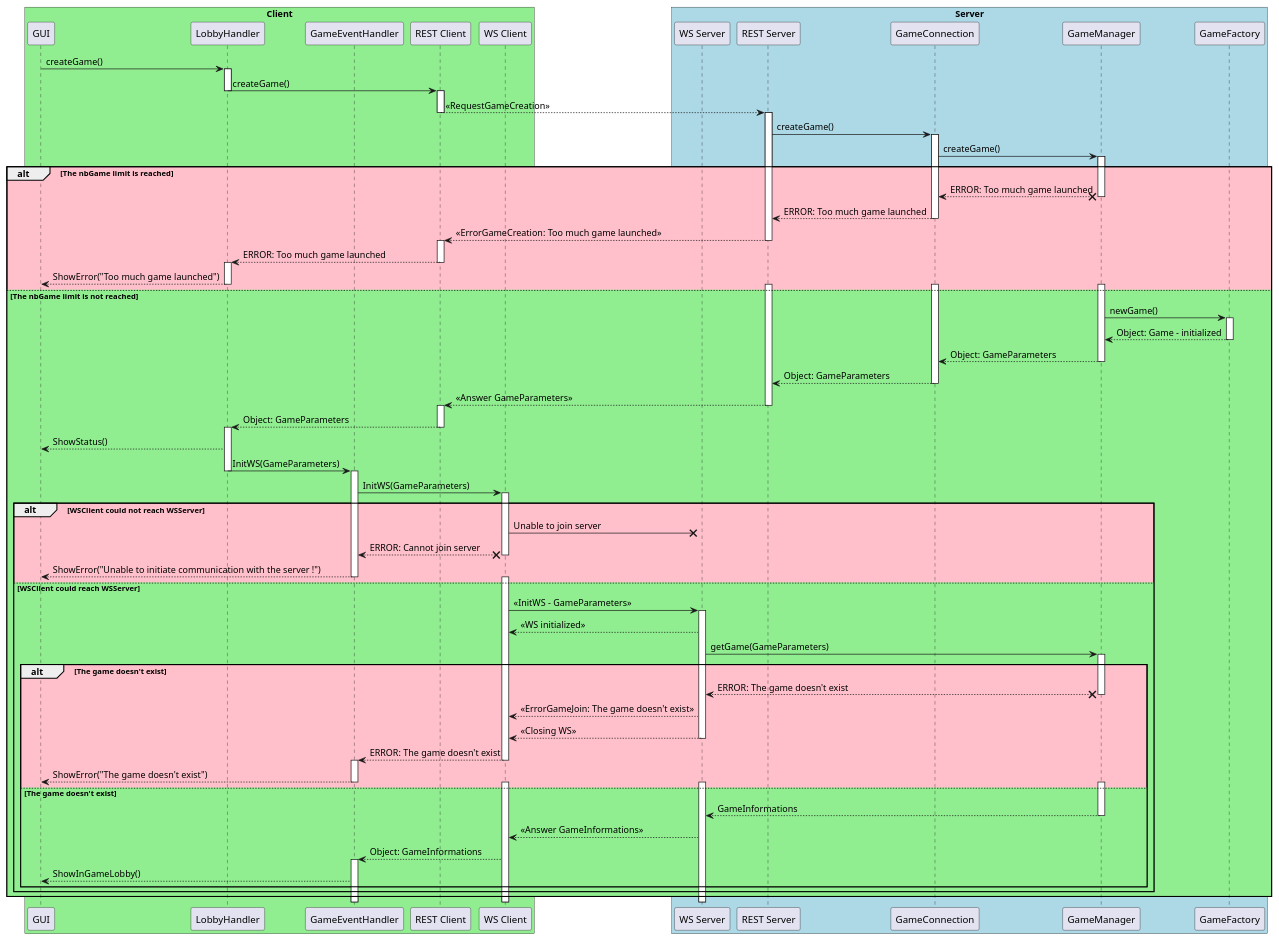
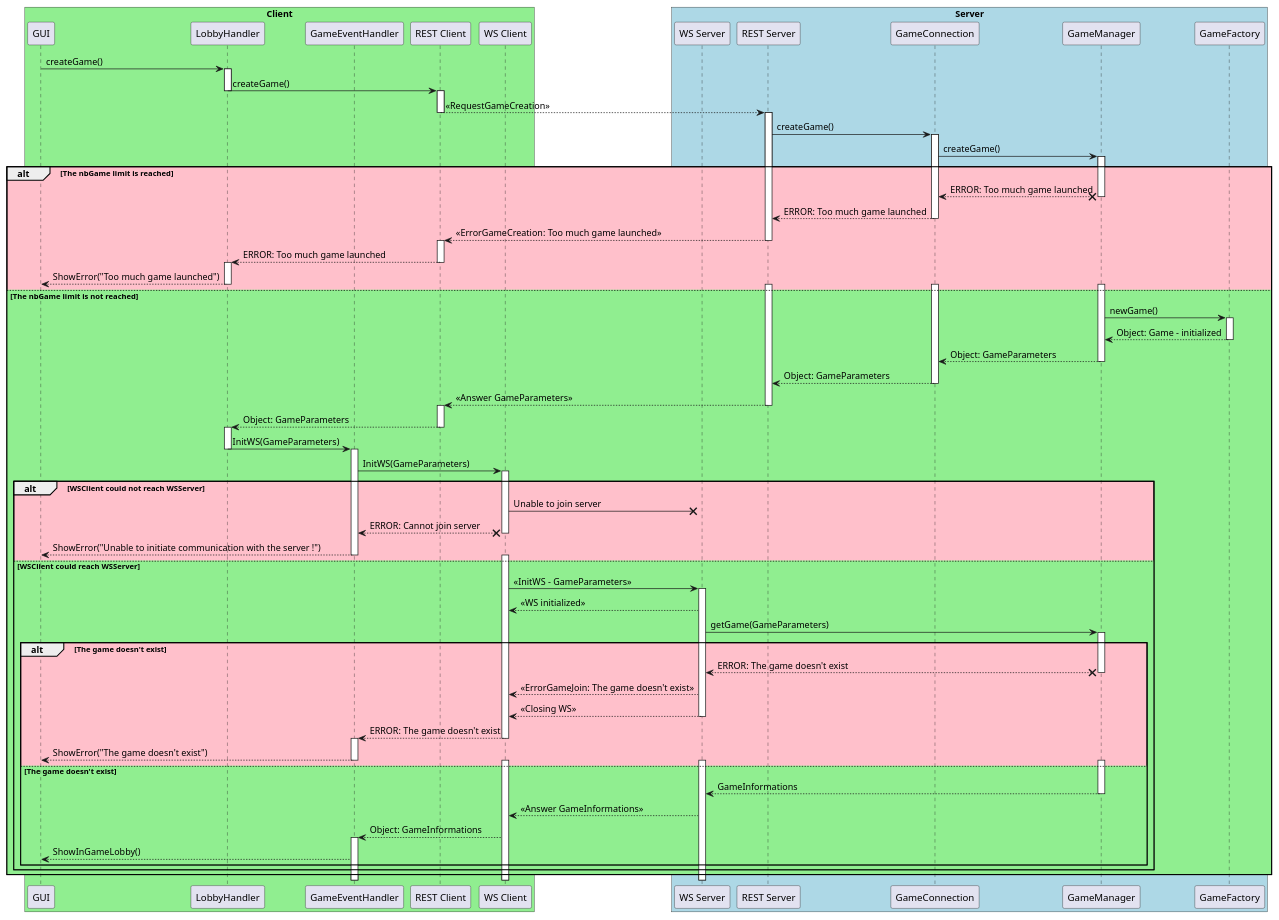
The diagram in catan-doc/modules/composants/examples/createGameSequenceDiag.plantuml (Lapin-Obez/colon_de_catane), drawn with PlantUML before and after one commit.

Commit message:
Removing showStatus() in createGame sequence diagram

```diff
--- a/catan-doc/modules/composants/examples/createGameSequenceDiag.plantuml
+++ b/catan-doc/modules/composants/examples/createGameSequenceDiag.plantuml
@@ -1,133 +1,132 @@
 @startuml
 
 
 box "Client" #LightGreen
   participant "GUI" as GUI
   participant "LobbyHandler" as LobbyHandler
   participant "GameEventHandler" as GameEventHandler
   participant "REST Client" as RESTClient
   participant "WS Client" as WSClient
 end box
 
 box "Server" #LightBlue
   participant "WS Server" as WSServer
   participant "REST Server" as RESTServer
   participant "GameConnection" as GameConnection
   participant "GameManager" as GameManager
   participant "GameFactory" as GameFactory
 end box
 
 GUI -> LobbyHandler : createGame()
 activate LobbyHandler
 
 LobbyHandler -> RESTClient : createGame()
 deactivate LobbyHandler
 activate RESTClient
 
 RESTClient --> RESTServer : <<RequestGameCreation>>
 deactivate RESTClient
 activate RESTServer
 
 RESTServer -> GameConnection : createGame()
 activate GameConnection
 
 GameConnection -> GameManager : createGame()
 activate GameManager
 
 alt #Pink The nbGame limit is reached
   GameManager x--> GameConnection : ERROR: Too much game launched
   deactivate GameManager
   
   GameConnection --> RESTServer : ERROR: Too much game launched
   deactivate GameConnection
     
   RESTServer --> RESTClient : <<ErrorGameCreation: Too much game launched>>
   deactivate RESTServer
   activate RESTClient
     
   RESTClient --> LobbyHandler : ERROR: Too much game launched
   deactivate RESTClient  
   activate LobbyHandler
     
   LobbyHandler --> GUI : ShowError("Too much game launched")
   deactivate LobbyHandler
 
 else #LightGreen The nbGame limit is not reached
   activate GameManager
   activate GameConnection
   activate RESTServer
 
   GameManager -> GameFactory : newGame()
   activate GameFactory
   GameFactory --> GameManager : Object: Game - initialized
   deactivate GameFactory
   GameManager --> GameConnection : Object: GameParameters
   deactivate GameManager
 
   GameConnection --> RESTServer : Object: GameParameters
   deactivate GameConnection
   
   RESTServer --> RESTClient : <<Answer GameParameters>>
   deactivate RESTServer
   activate RESTClient
   
   RESTClient --> LobbyHandler : Object: GameParameters
   deactivate RESTClient
   activate LobbyHandler
   
-  LobbyHandler --> GUI : ShowStatus()
   LobbyHandler -> GameEventHandler : InitWS(GameParameters)
   deactivate LobbyHandler
   activate GameEventHandler
   GameEventHandler -> WSClient : InitWS(GameParameters)
   activate WSClient
   
   alt #Pink WSClient could not reach WSServer
 
     WSClient ->x WSServer : Unable to join server
     WSClient x--> GameEventHandler : ERROR: Cannot join server
     deactivate WSClient
     GameEventHandler --> GUI : ShowError("Unable to initiate communication with the server !")
     deactivate GameEventHandler
 
     
   else #LightGreen WSClient could reach WSServer
     
     activate WSClient
     
     WSClient -> WSServer : <<InitWS - GameParameters>>
     activate WSServer
     WSServer --> WSClient : <<WS initialized>>
     WSServer -> GameManager : getGame(GameParameters)
     activate GameManager
     
     alt #Pink The game doesn't exist
       GameManager x--> WSServer : ERROR: The game doesn't exist
       deactivate GameManager
       WSServer --> WSClient : <<ErrorGameJoin: The game doesn't exist>>
       WSServer --> WSClient : <<Closing WS>>
       deactivate WSServer
       WSClient --> GameEventHandler : ERROR: The game doesn't exist
       deactivate WSClient
       activate GameEventHandler
       GameEventHandler --> GUI : ShowError("The game doesn't exist")
       deactivate GameEventHandler
       
   else #LightGreen The game doesn't exist
     activate GameManager
     activate WSServer
     activate WSClient
     GameManager --> WSServer : GameInformations
     deactivate GameManager
     WSServer --> WSClient : <<Answer GameInformations>>
     WSClient --> GameEventHandler : Object: GameInformations
     activate GameEventHandler
     GameEventHandler --> GUI : ShowInGameLobby()
     end
   end
 end
 
 
 
 
 @enduml
```
